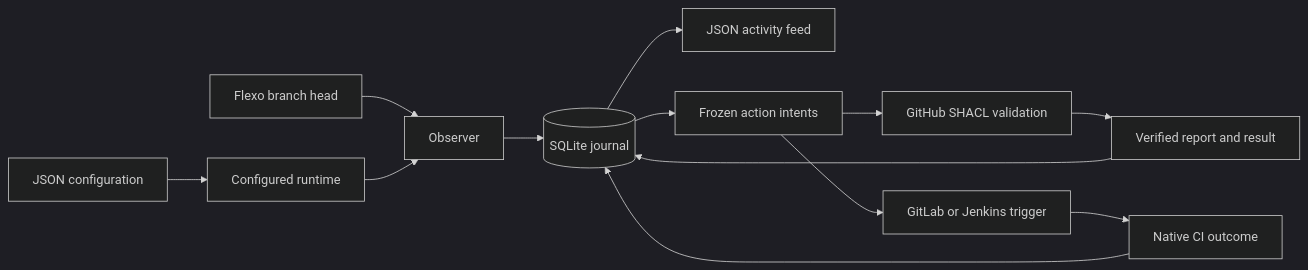
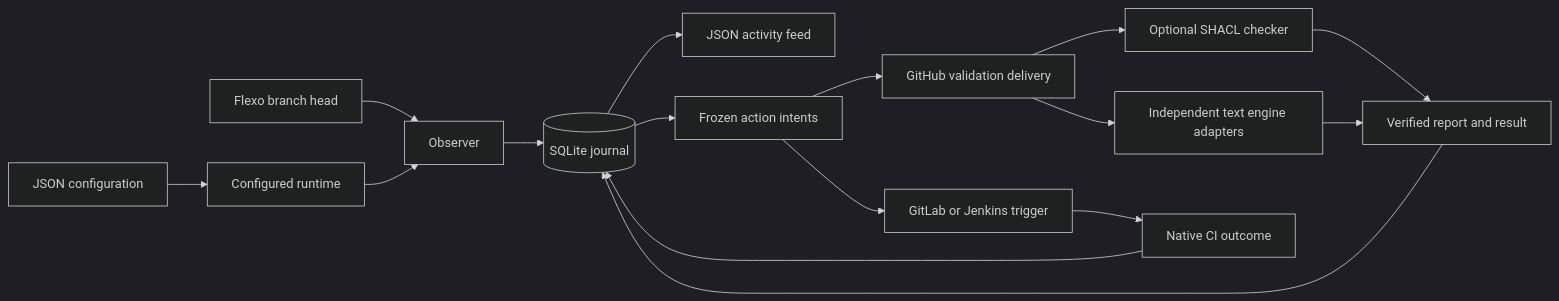
Before and after one commit to Open-MBEE/flexo-change-adapter: the diagram in docs/architecture.md, drawn with Mermaid (dark theme). The commit also changed other lines of this file and 33 other files, not shown here.

Commit message:
feat: support independent SysML validation engines

````diff
--- a/docs/architecture.md
+++ b/docs/architecture.md
@@ -5,15 +5,18 @@
 ```mermaid
 flowchart LR
     C[JSON configuration] --> R[Configured runtime]
     F[Flexo branch head] --> O[Observer]
     R --> O
     O --> J[(SQLite journal)]
     J --> P[JSON activity feed]
     J --> A[Frozen action intents]
-    A --> G[GitHub SHACL validation]
+    A --> G[GitHub validation delivery]
+    G --> S[Optional SHACL checker]
+    G --> V[Independent text engine adapters]
     A --> T[GitLab or Jenkins trigger]
-    G --> E[Verified report and result]
+    S --> E[Verified report and result]
+    V --> E
     T --> N[Native CI outcome]
     E --> J
     N --> J
 ```
````
